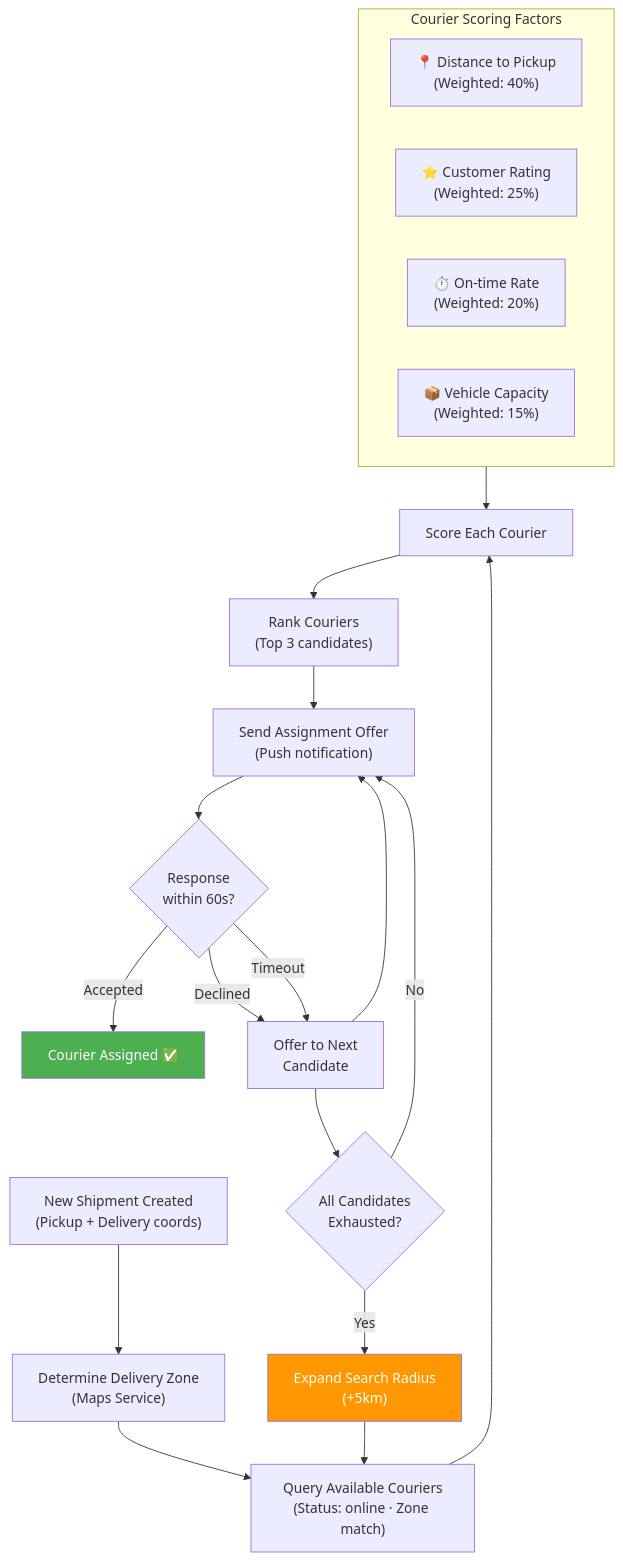
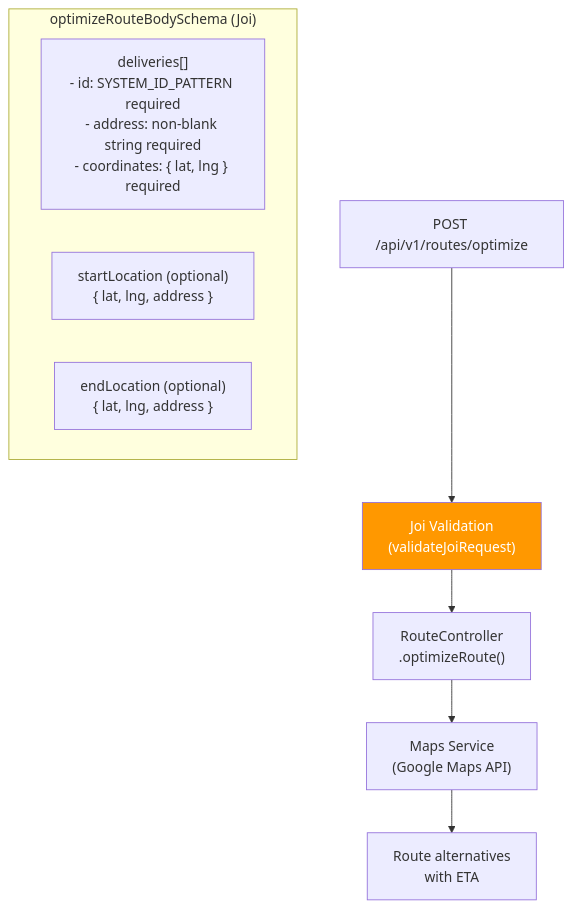
The fifth of 5 diagrams in docs/operations/logistics-escrow-flowcharts.md (maysar-014/maysar-express-backend), drawn with Mermaid before and after one commit. The commit also changed other lines of this file and 5 other files, not shown here.

First line of the commit message:
docs: rebuild diagrams from actual source code evidence

````diff
--- a/docs/operations/logistics-escrow-flowcharts.md
+++ b/docs/operations/logistics-escrow-flowcharts.md
@@ -87,32 +152,16 @@
 ```mermaid
 flowchart TD
-    SHIPMENT["New Shipment Created\n(Pickup + Delivery coords)"] --> ZONE["Determine Delivery Zone\n(Maps Service)"]
+    REQ["POST /api/v1/routes/optimize"] --> VALIDATE["Joi Validation\n(validateJoiRequest)"]
 
-    ZONE --> QUERY["Query Available Couriers\n(Status: online · Zone match)"]
-    QUERY --> SCORE["Score Each Courier"]
-
-    subgraph Scoring["Courier Scoring Factors"]
-        DIST["📍 Distance to Pickup\n(Weighted: 40%)"]
-        RATING["⭐ Customer Rating\n(Weighted: 25%)"]
-        ONTIME["⏱️ On-time Rate\n(Weighted: 20%)"]
-        CAPACITY["📦 Vehicle Capacity\n(Weighted: 15%)"]
+    subgraph Schema["optimizeRouteBodySchema (Joi)"]
+        DELIVERIES["deliveries[]\n- id: SYSTEM_ID_PATTERN required\n- address: non-blank string required\n- coordinates: { lat, lng } required"]
+        START["startLocation (optional)\n{ lat, lng, address }"]
+        END_LOC["endLocation (optional)\n{ lat, lng, address }"]
     end
 
-    Scoring --> SCORE
-    SCORE --> RANK["Rank Couriers\n(Top 3 candidates)"]
-    RANK --> OFFER["Send Assignment Offer\n(Push notification)"]
+    VALIDATE --> RouteCtrl["RouteController\n.optimizeRoute()"]
+    RouteCtrl --> MAPS["Maps Service\n(Google Maps API)"]
+    MAPS --> RESULT["Route alternatives\nwith ETA"]
 
-    OFFER --> RESPONSE{Response\nwithin 60s?}
-    RESPONSE -->|Accepted| ASSIGNED["Courier Assigned ✅"]
-    RESPONSE -->|Declined| NEXT["Offer to Next\nCandidate"]
-    RESPONSE -->|Timeout| NEXT
-    NEXT --> OFFER
-
-    NEXT --> EXHAUSTED{All Candidates\nExhausted?}
-    EXHAUSTED -->|Yes| EXPAND["Expand Search Radius\n(+5km)"]
-    EXPAND --> QUERY
-    EXHAUSTED -->|No| OFFER
-
-    style ASSIGNED fill:#4CAF50,color:#fff
-    style EXPAND fill:#FF9800,color:#fff
+    style VALIDATE fill:#FF9800,color:#fff
 ```
````
